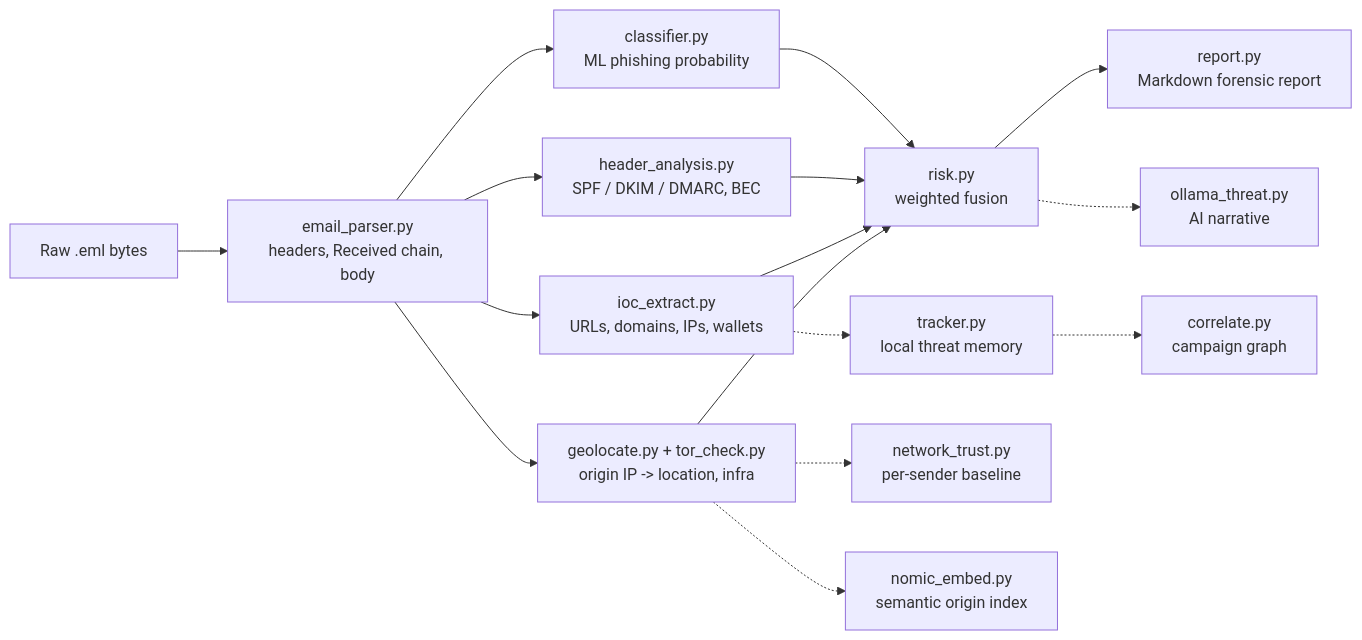
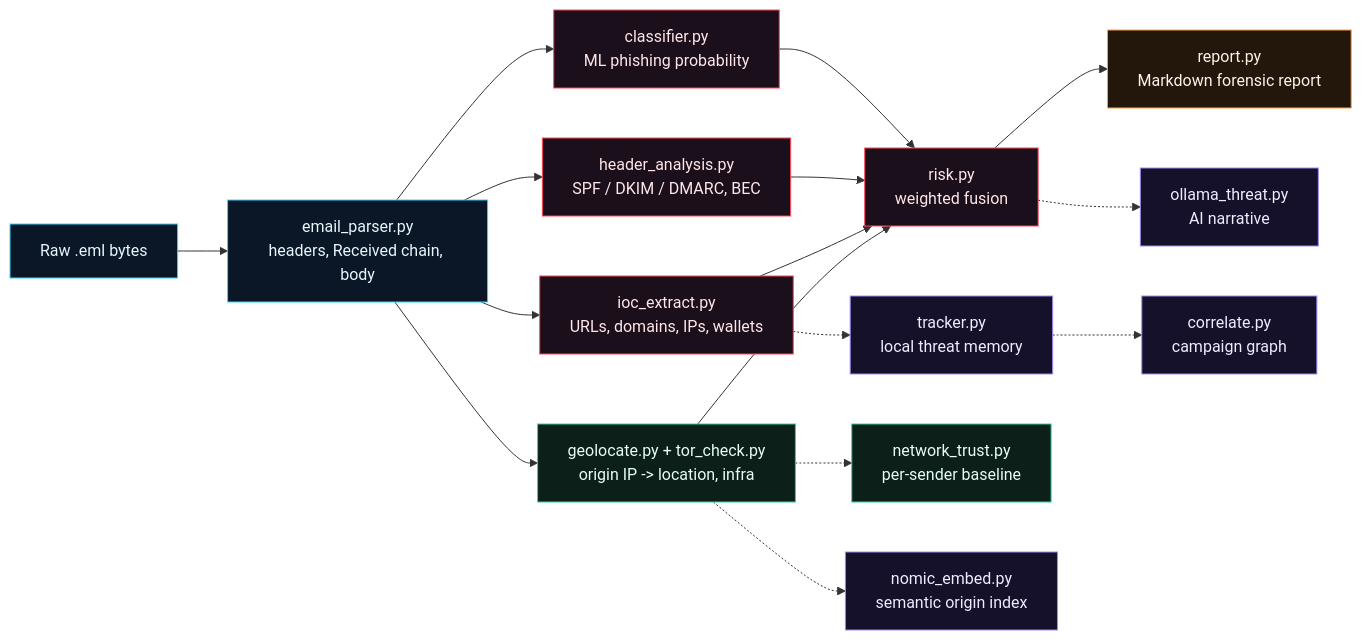
Before and after one commit to heydrsubha-del/SMART-INDIA-HACKATHON-PROJECT-26106: the diagram in README.md, drawn with Mermaid. The commit also changed other lines of this file, not shown here.

````diff
--- a/README.md
+++ b/README.md
@@ -98,18 +161,29 @@
 ```mermaid
 flowchart LR
     A[Raw .eml bytes] --> B[email_parser.py\nheaders, Received chain, body]
     B --> C[classifier.py\nML phishing probability]
     B --> D[header_analysis.py\nSPF / DKIM / DMARC, BEC]
     B --> E[ioc_extract.py\nURLs, domains, IPs, wallets]
     B --> F[geolocate.py + tor_check.py\norigin IP -> location, infra]
     C --> G[risk.py\nweighted fusion]
     D --> G
     E --> G
     F --> G
     G --> H[report.py\nMarkdown forensic report]
     E -.-> I[tracker.py\nlocal threat memory]
     F -.-> J[network_trust.py\nper-sender baseline]
     G -.-> K[ollama_threat.py\nAI narrative]
     F -.-> L[nomic_embed.py\nsemantic origin index]
     I -.-> M[correlate.py\ncampaign graph]
+
+    classDef input fill:#0b1626,stroke:#2fd8ff,color:#e6f7ff;
+    classDef detect fill:#1a0f1a,stroke:#ff4757,color:#ffe6ea;
+    classDef origin fill:#0d1f19,stroke:#35d399,color:#e6fff4;
+    classDef ai fill:#16112b,stroke:#a389f4,color:#f0ebff;
+    classDef out fill:#22170a,stroke:#ff9f43,color:#fff3e6;
+    class A,B input;
+    class C,D,E,G detect;
+    class F,J origin;
+    class K,L,M,I ai;
+    class H out;
 ```
````
